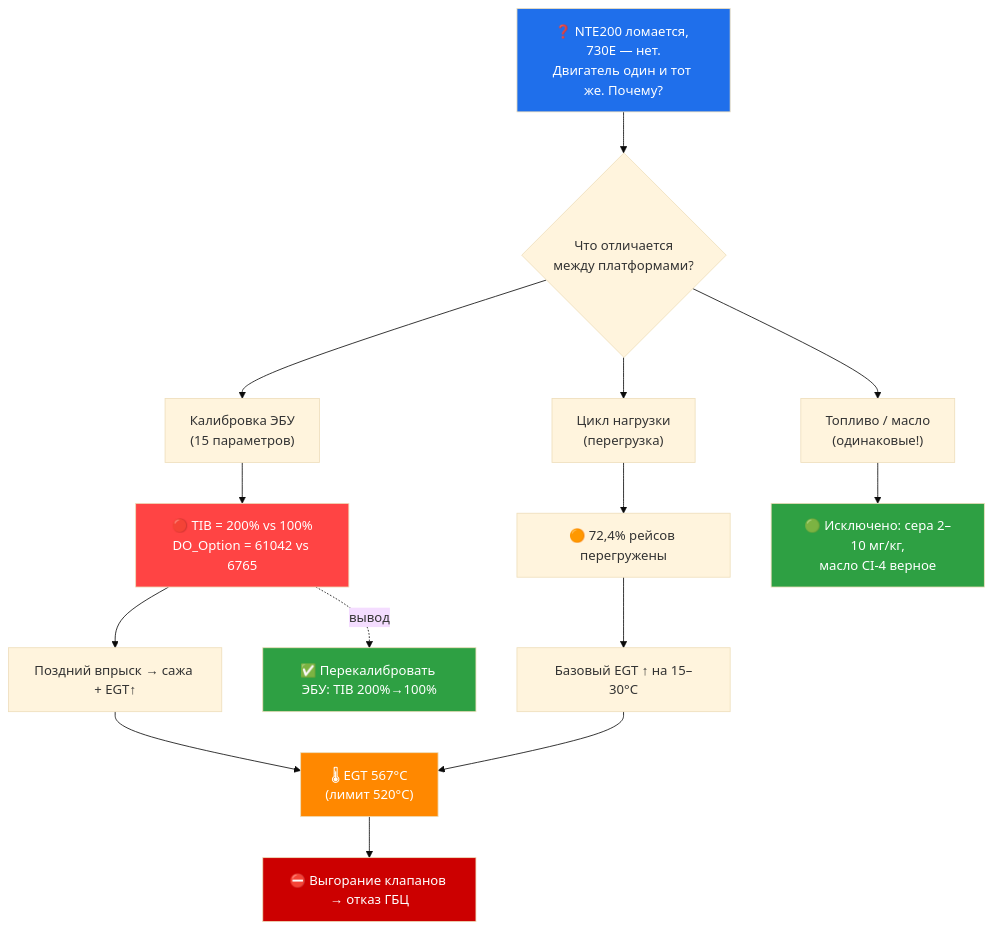
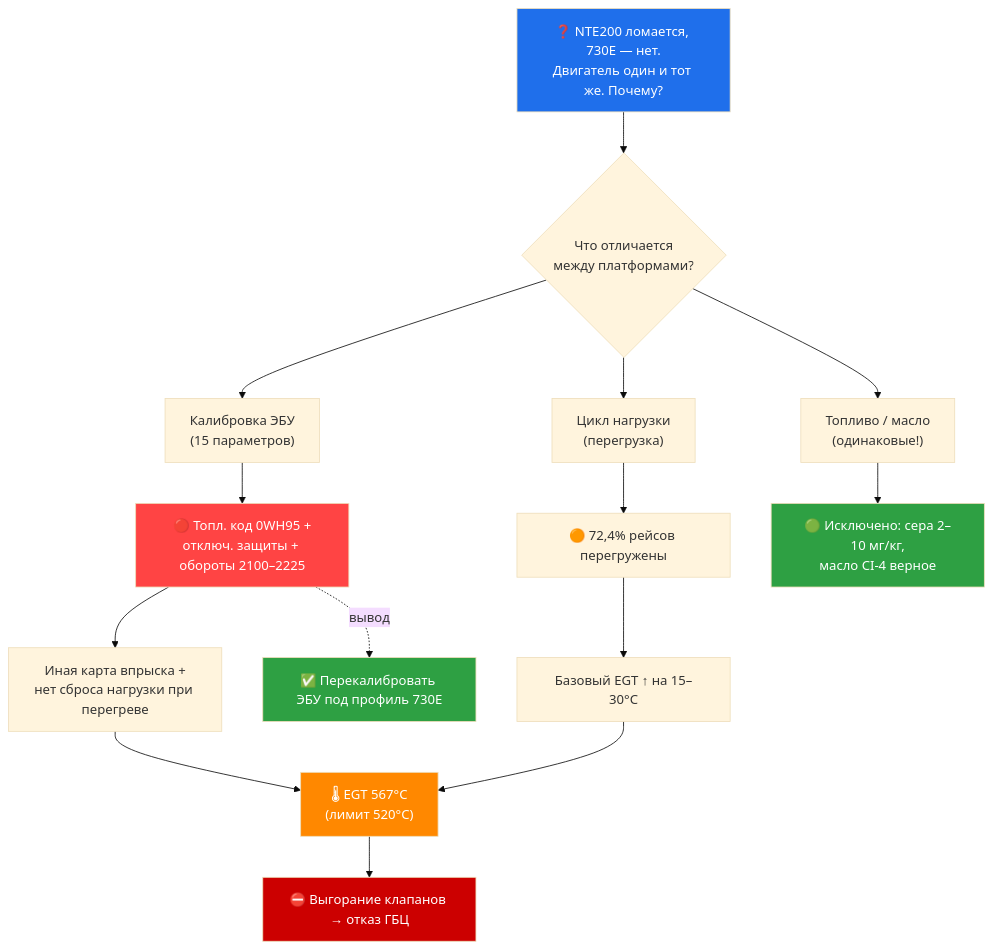
Before and after one commit to victorekuznetsov/NTE200: the first of 4 diagrams in 02 Диагностика/Думающая модель — карта расследования.md, drawn with Mermaid (base theme). The commit also changed other lines of this file and 22 other files, not shown here.

First line of the commit message:
Исправление TIB по аутентичному экспорту Calterm: TIB = Trip Information Base, не влияет на впрыск

````diff
--- a/02 Диагностика/Думающая модель — карта расследования.md
+++ b/02 Диагностика/Думающая модель — карта расследования.md
@@ -44,26 +47,26 @@
 ```mermaid
 flowchart TD
     Q["❓ NTE200 ломается, 730E — нет.<br/>Двигатель один и тот же. Почему?"] --> D{"Что отличается<br/>между платформами?"}
     D --> D1["Калибровка ЭБУ<br/>(15 параметров)"]
     D --> D2["Цикл нагрузки<br/>(перегрузка)"]
     D --> D3["Топливо / масло<br/>(одинаковые!)"]
 
-    D1 --> R["🔴 TIB = 200% vs 100%<br/>DO_Option = 61042 vs 6765"]
+    D1 --> R["🔴 Топл. код 0WH95 +<br/>отключ. защиты + обороты 2100–2225"]
     D2 --> A["🟠 72,4% рейсов перегружены"]
     D3 --> X["🟢 Исключено: сера 2–10 мг/кг,<br/>масло CI-4 верное"]
 
-    R --> M["Поздний впрыск → сажа + EGT↑"]
+    R --> M["Иная карта впрыска +<br/>нет сброса нагрузки при перегреве"]
     A --> M2["Базовый EGT ↑ на 15–30°C"]
     M --> EGT["🌡 EGT 567°C<br/>(лимит 520°C)"]
     M2 --> EGT
     EGT --> FAIL["⛔ Выгорание клапанов → отказ ГБЦ"]
 
-    R -.вывод.-> SOL["✅ Перекалибровать ЭБУ: TIB 200%→100%"]
+    R -.вывод.-> SOL["✅ Перекалибровать ЭБУ под профиль 730E"]
 
     style Q fill:#1f6feb,color:#fff
     style R fill:#ff4444,color:#fff
     style EGT fill:#ff8800,color:#fff
     style FAIL fill:#cc0000,color:#fff
     style X fill:#2ea043,color:#fff
     style SOL fill:#2ea043,color:#fff
 ```
````
